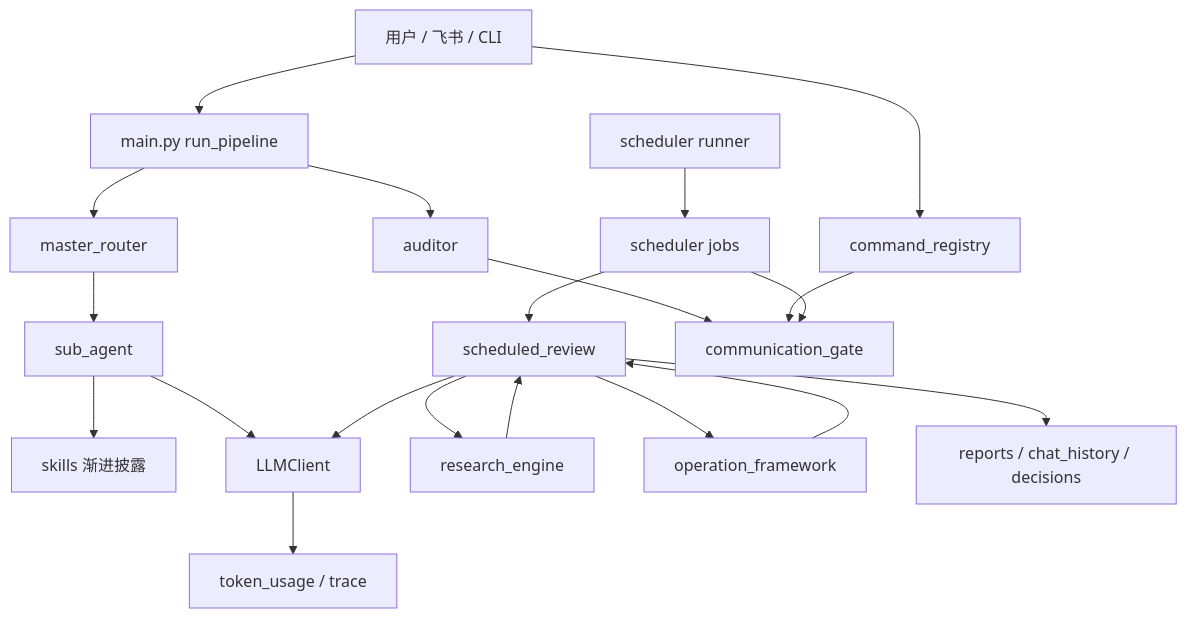
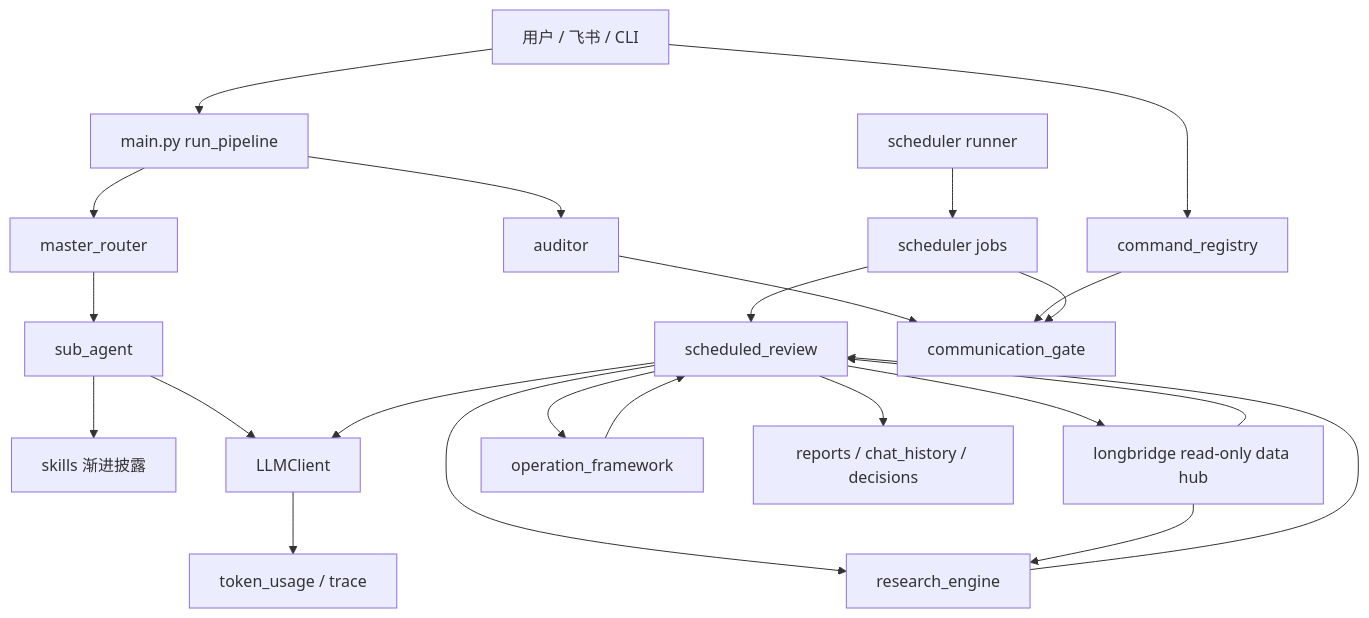
Before and after one commit to dyccodehome/private-investment-butler: the first of 13 diagrams in docs/技术架构文档.md, drawn with Mermaid. The commit also changed other lines of this file and 1 other file, not shown here.

Commit message:
Expand Longbridge read-only data platform design

````diff
--- a/docs/技术架构文档.md
+++ b/docs/技术架构文档.md
@@ -9,22 +9,25 @@
 ```mermaid
 flowchart TD
   U["用户 / 飞书 / CLI"] --> M["main.py run_pipeline"]
   U --> C["command_registry"]
   S["scheduler runner"] --> J["scheduler jobs"]
   M --> R["master_router"]
   R --> W["sub_agent"]
   W --> SK["skills 渐进披露"]
   W --> L["LLMClient"]
   J --> SR["scheduled_review"]
+  SR --> LB["longbridge read-only data hub"]
+  LB --> SR
   SR --> RE["research_engine"]
+  LB --> RE
   RE --> SR
   SR --> OP["operation_framework"]
   OP --> SR
   SR --> L
   L --> T["token_usage / trace"]
   M --> A["auditor"]
   A --> G["communication_gate"]
   C --> G
   J --> G
   SR --> P["reports / chat_history / decisions"]
 ```
````
